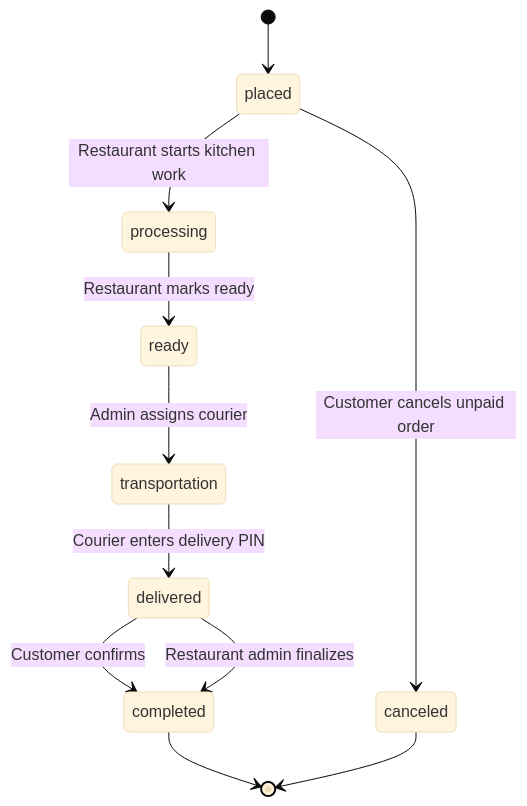
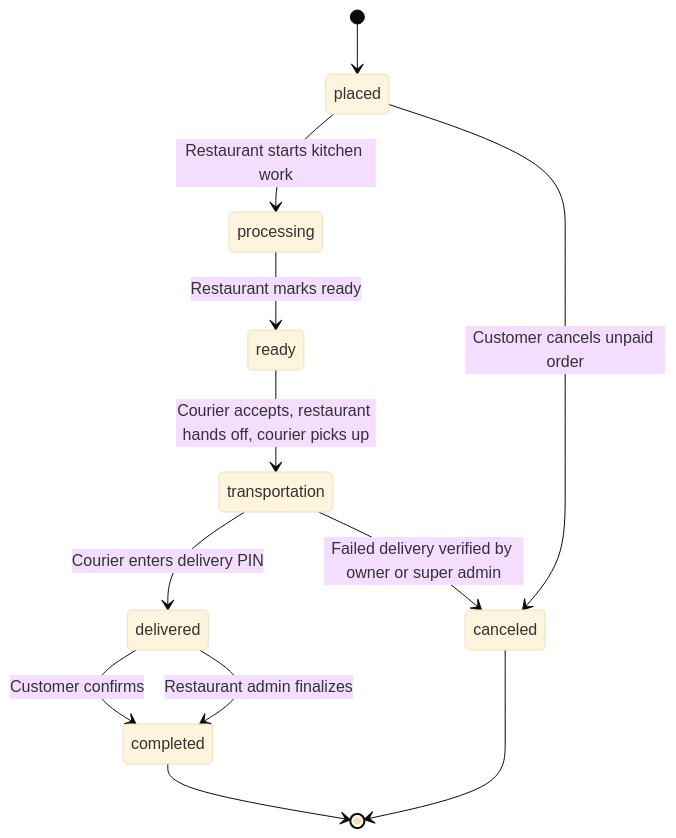
One commit to kimamovic21/food-ordering-app-nextjs-cwd-yt-2023 changed the sixth of 8 diagrams in ARCHITECTURE.md. Above: the diagram before and after it, drawn with Mermaid (base theme). The commit also changed other lines of this file and 16 other files, not shown here.

First line of the commit message:
Add failed delivery cancellation flow

````diff
--- a/ARCHITECTURE.md
+++ b/ARCHITECTURE.md
@@ -181,13 +181,14 @@
 ```mermaid
 stateDiagram-v2
   [*] --> placed
   placed --> processing: Restaurant starts kitchen work
   processing --> ready: Restaurant marks ready
-  ready --> transportation: Admin assigns courier
+  ready --> transportation: Courier accepts, restaurant hands off, courier picks up
   transportation --> delivered: Courier enters delivery PIN
+  transportation --> canceled: Failed delivery verified by owner or super admin
   delivered --> completed: Customer confirms
   delivered --> completed: Restaurant admin finalizes
   placed --> canceled: Customer cancels unpaid order
   completed --> [*]
   canceled --> [*]
 ```
````
